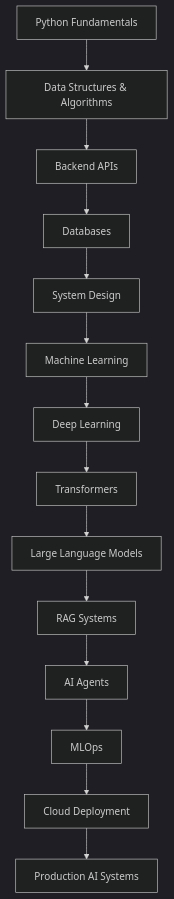
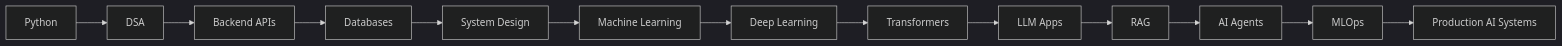
One commit to subramanian-sk22/subramanian-sk22 changed the diagram in README.md. Above: the diagram before and after it, drawn with Mermaid (dark theme). The commit also changed other lines of this file, not shown here.

````diff
--- a/README.md
+++ b/README.md
@@ -385,16 +330,15 @@
 ```mermaid
-graph TD;
-    A[Python Fundamentals] --> B[Data Structures & Algorithms]
+graph LR;
+    A[Python] --> B[DSA]
     B --> C[Backend APIs]
     C --> D[Databases]
     D --> E[System Design]
     E --> F[Machine Learning]
     F --> G[Deep Learning]
     G --> H[Transformers]
-    H --> I[Large Language Models]
-    I --> J[RAG Systems]
+    H --> I[LLM Apps]
+    I --> J[RAG]
     J --> K[AI Agents]
     K --> L[MLOps]
-    L --> M[Cloud Deployment]
-    M --> N[Production AI Systems]
+    L --> M[Production AI Systems]
 ```
````
